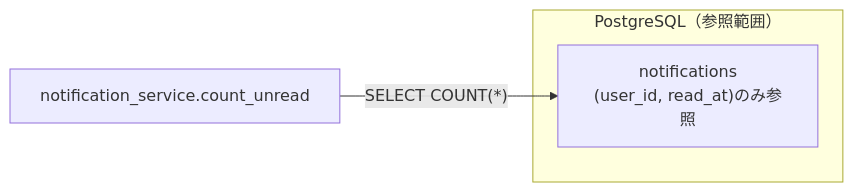
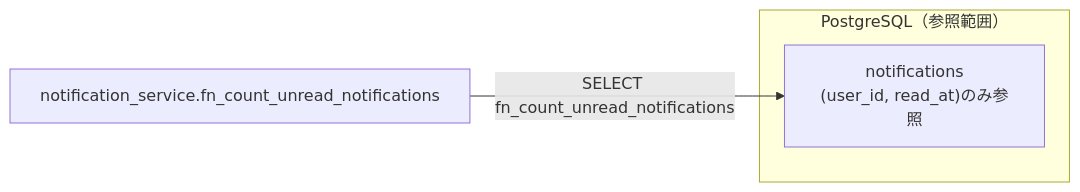
Before and after one commit to oikawa-d/task_management: the fourth of 4 diagrams in detailed_design/api/notifications/02_get_notifications_unread_count.md, drawn with Mermaid. The commit also changed other lines of this file and 58 other files, not shown here.

````diff
--- a/detailed_design/api/notifications/02_get_notifications_unread_count.md
+++ b/detailed_design/api/notifications/02_get_notifications_unread_count.md
@@ -155,7 +155,7 @@
 ```mermaid
 flowchart LR
     subgraph PG["PostgreSQL（参照範囲）"]
         T1["notifications<br/>(user_id, read_at)のみ参照"]
     end
-    S["notification_service.count_unread"] -->|"SELECT COUNT(*)"| T1
+    S["notification_service.fn_count_unread_notifications"] -->|"SELECT fn_count_unread_notifications"| T1
 ```
````
